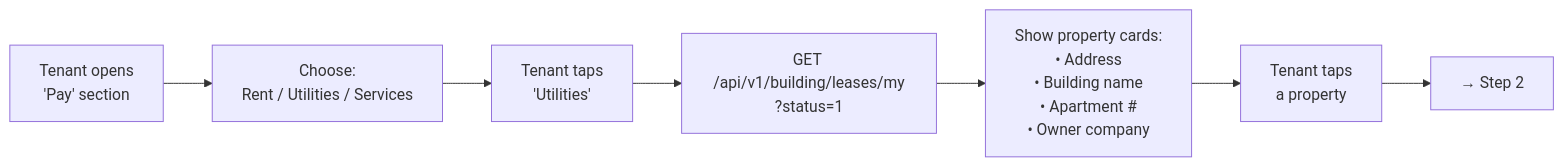
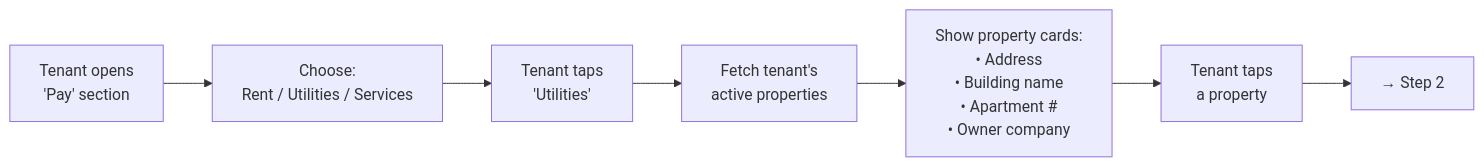
The second of 11 diagrams in utilities-payment-userflow.md (saodatm-dev/Utilities---Informational-Architecture), drawn with Mermaid before and after one commit. The commit also changed other lines of this file and 1 other file, not shown here.

Commit message:
refactor: remove outdated API content and detailed technical sections from payment user flow documentation, and simplify API endpoint descriptions.

````diff
--- a/utilities-payment-userflow.md
+++ b/utilities-payment-userflow.md
@@ -96,10 +96,10 @@
 ```mermaid
 flowchart LR
     OPEN["Tenant opens<br/>'Pay' section"] --> MENU["Choose:<br/>Rent / Utilities / Services"]
     MENU --> PICK_UTIL["Tenant taps<br/>'Utilities'"]
-    PICK_UTIL --> API_LEASES["GET /api/v1/building/leases/my<br/>?status=1"]
+    PICK_UTIL --> API_LEASES["Fetch tenant's<br/>active properties"]
     API_LEASES --> LIST["Show property cards:<br/>• Address<br/>• Building name<br/>• Apartment #<br/>• Owner company"]
     LIST --> SELECT["Tenant taps<br/>a property"]
     SELECT --> NEXT["→ Step 2"]
 
 ```
````
